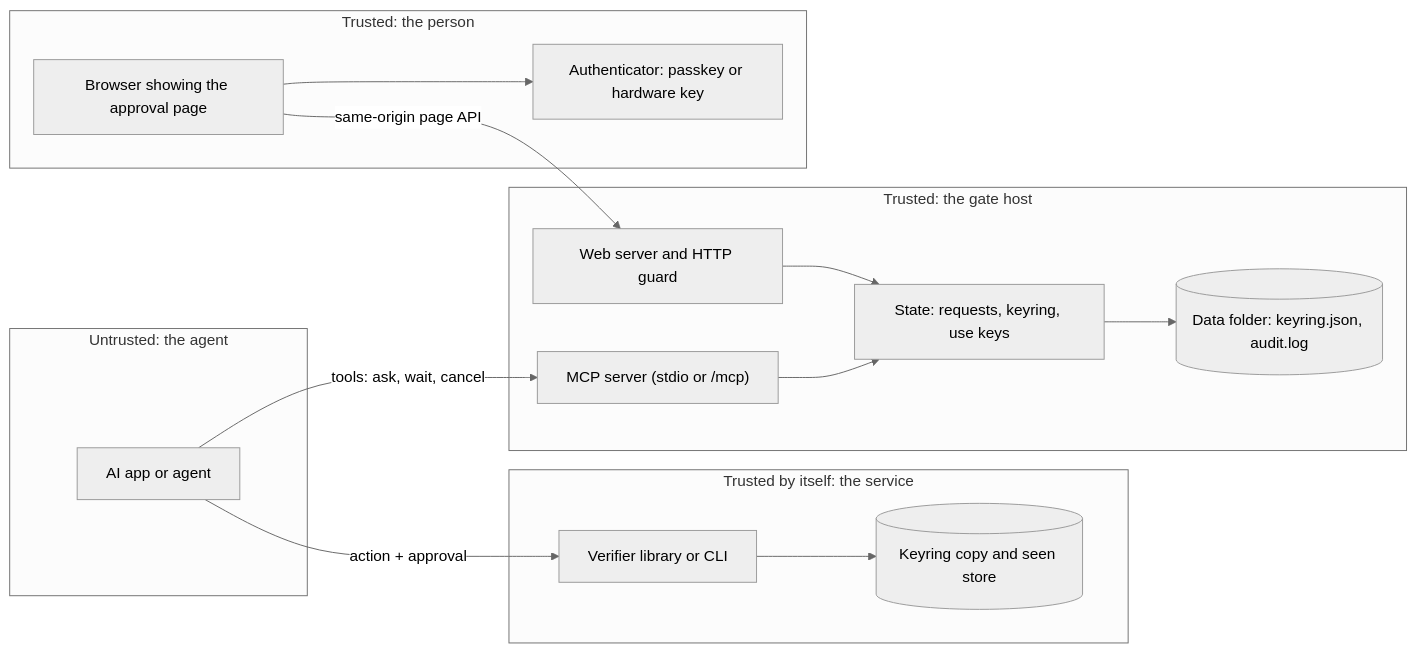
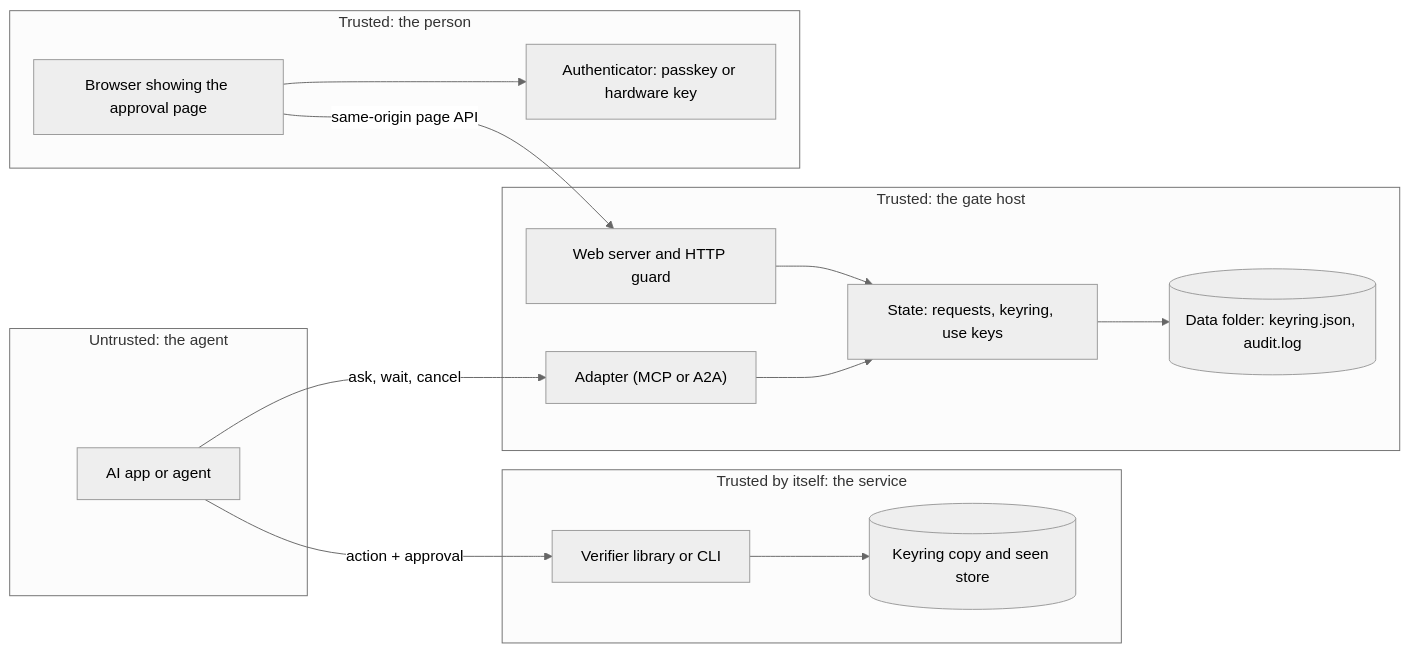
One commit to Phygital-Key/phygital-key changed the second of 5 diagrams in docs/architecture.md. Above: the diagram before and after it, drawn with Mermaid (neutral theme). The commit also changed other lines of this file and 114 other files, not shown here.

Commit message:
Split into a shared base: the gate becomes the phygital-key-gate library (Product + Adapter), installers and release scripts become product templates; MCP moves to Phygital-Key/phygital-key-mcp, A2A is Phygital-Key/phygital-key-a2a; docs made product-neutral; v0.4.0

````diff
--- a/docs/architecture.md
+++ b/docs/architecture.md
@@ -45,28 +132,28 @@
 ```mermaid
 flowchart LR
     subgraph agentside["Untrusted: the agent"]
         A["AI app or agent"]
     end
     subgraph gatehost["Trusted: the gate host"]
-        M["MCP server (stdio or /mcp)"]
+        M["Adapter (MCP or A2A)"]
         W["Web server and HTTP guard"]
         S["State: requests, keyring, use keys"]
         D[("Data folder: keyring.json, audit.log")]
         M --> S
         W --> S
         S --> D
     end
     subgraph person["Trusted: the person"]
         B["Browser showing the approval page"]
         K["Authenticator: passkey or hardware key"]
         B --> K
     end
     subgraph service["Trusted by itself: the service"]
         V["Verifier library or CLI"]
         R[("Keyring copy and seen store")]
         V --> R
     end
-    A -- "tools: ask, wait, cancel" --> M
+    A -- "ask, wait, cancel" --> M
     B -- "same-origin page API" --> W
     A -- "action + approval" --> V
 ```
````
